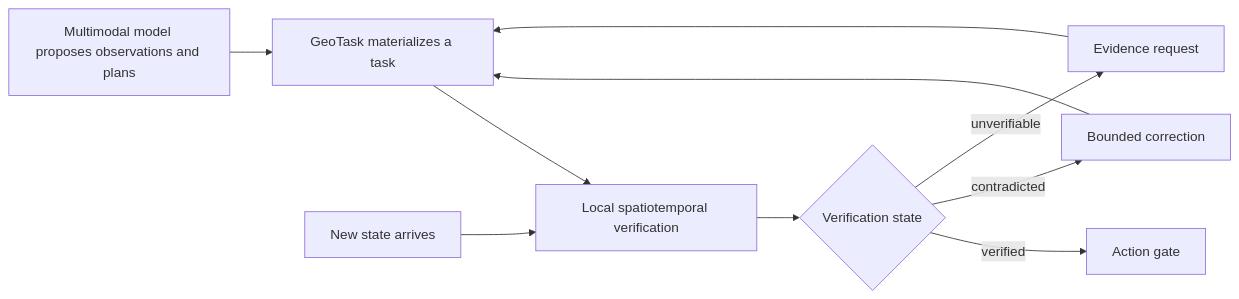
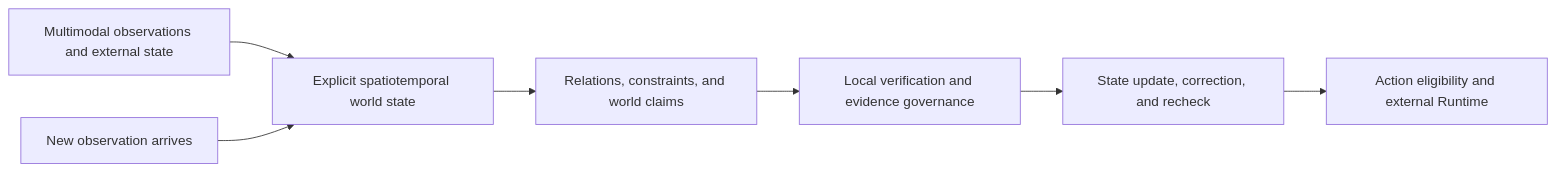
Before and after one commit to stpku/GeoTask: the diagram in README.en.md, drawn with Mermaid. The commit also changed other lines of this file and 14 other files, not shown here.

Commit message:
docs(positioning): define verifiable world model

````diff
--- a/README.en.md
+++ b/README.en.md
@@ -56,12 +56,9 @@
 ```mermaid
 flowchart LR
-  M[Multimodal model proposes observations and plans] --> T[GeoTask materializes a task]
-  T --> V[Local spatiotemporal verification]
-  V --> S{Verification state}
-  S -->|verified| G[Action gate]
-  S -->|contradicted| C[Bounded correction]
-  S -->|unverifiable| E[Evidence request]
-  C --> T
-  E --> T
-  N[New state arrives] --> V
+  O[Multimodal observations and external state] --> W[Explicit spatiotemporal world state]
+  W --> R[Relations, constraints, and world claims]
+  R --> V[Local verification and evidence governance]
+  V --> U[State update, correction, and recheck]
+  U --> G[Action eligibility and external Runtime]
+  N[New observation arrives] --> W
 ```
````
